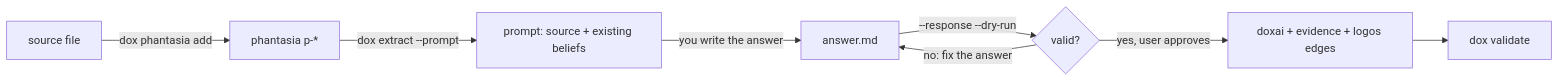
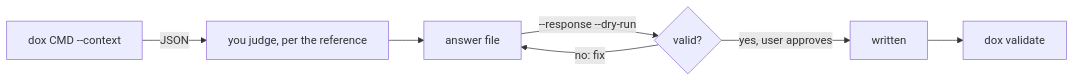
One commit to Token-Smelter/doxagon changed the diagram in src/doxagon/resources/skills/dox-knowledge/SKILL.md. Above: the diagram before and after it, drawn with Mermaid. The commit also changed other lines of this file and 44 other files, not shown here.

````diff
--- a/src/doxagon/resources/skills/dox-knowledge/SKILL.md
+++ b/src/doxagon/resources/skills/dox-knowledge/SKILL.md
@@ -11,10 +11,9 @@
 ```mermaid
 flowchart LR
-  SRC["source file"] -->|"dox phantasia add"| P["phantasia p-*"]
-  P -->|"dox extract --prompt"| PR["prompt: source + existing beliefs"]
-  PR -->|"you write the answer"| ANS["answer.md"]
+  CTX["dox CMD --context"] -->|"JSON"| YOU["you judge, per the reference"]
+  YOU --> ANS["answer file"]
   ANS -->|"--response --dry-run"| CHK{"valid?"}
-  CHK -->|"no: fix the answer"| ANS
-  CHK -->|"yes, user approves"| W["doxai + evidence + logos edges"]
+  CHK -->|"no: fix"| ANS
+  CHK -->|"yes, user approves"| W["written"]
   W --> V["dox validate"]
 ```
````
